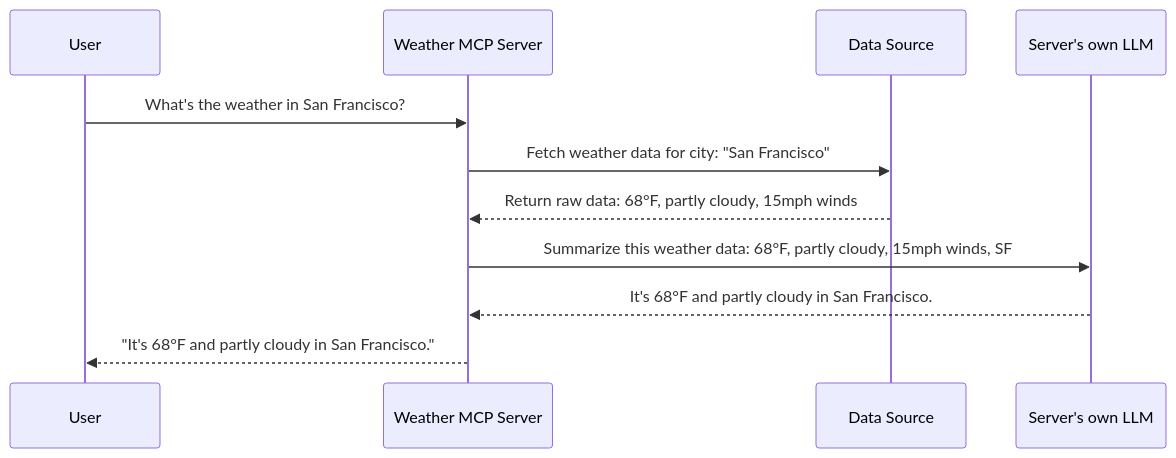
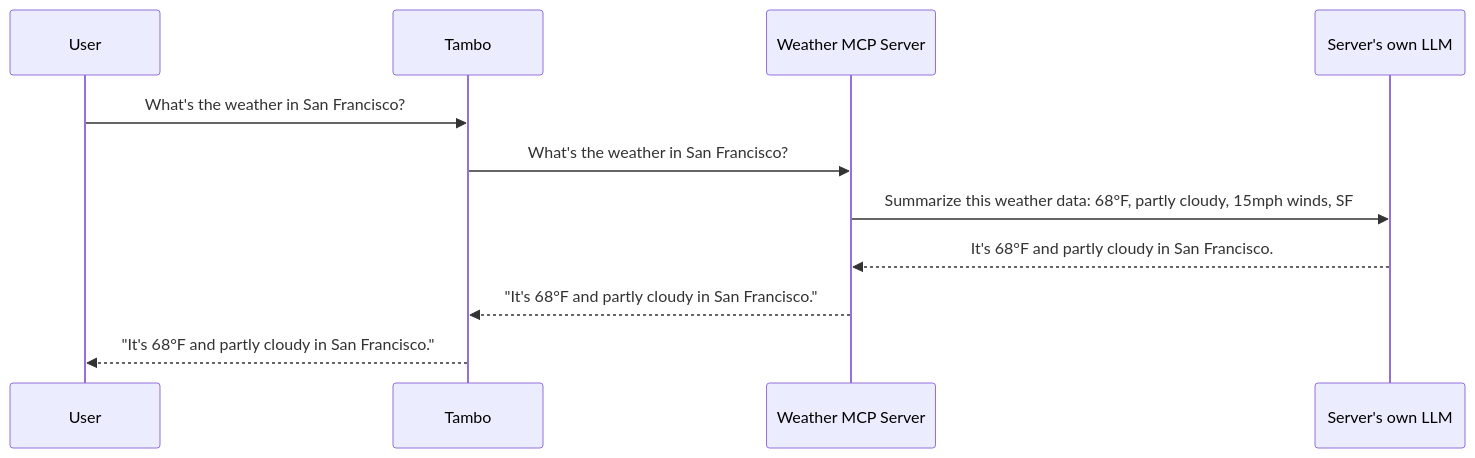
The first of 2 diagrams in apps/web/app/blog/posts/mcp-sampling-support/page.mdx (tambo-ai/tambo-cloud), drawn with Mermaid before and after one commit. The commit also changed other lines of this file, not shown here.

Commit message:
update diagrams

````diff
--- a/apps/web/app/blog/posts/mcp-sampling-support/page.mdx
+++ b/apps/web/app/blog/posts/mcp-sampling-support/page.mdx
@@ -33,15 +33,15 @@
 ```mermaid
 sequenceDiagram
     participant U as User
-    participant S as Weather MCP Server
-    participant D as Data Source
+    participant T as Tambo
+    participant M as Weather MCP Server
     participant L as Server's own LLM
 
-    U->>S: What's the weather in San Francisco?
-    S->>D: Fetch weather data for city: "San Francisco"
-    D-->>S: Return raw data: 68°F, partly cloudy, 15mph winds
-    S->>L: Summarize this weather data: 68°F, partly cloudy, 15mph winds, SF
-    L-->>S: It's 68°F and partly cloudy in San Francisco.
-    S-->>U: "It's 68°F and partly cloudy in San Francisco."
+    U->>T: What's the weather in San Francisco?
+    T->>M: What's the weather in San Francisco?
+    M->>L: Summarize this weather data: 68°F, partly cloudy, 15mph winds, SF
+    L-->>M: It's 68°F and partly cloudy in San Francisco.
+    M-->>T: "It's 68°F and partly cloudy in San Francisco."
+    T-->>U: "It's 68°F and partly cloudy in San Francisco."
 
 ```
````
